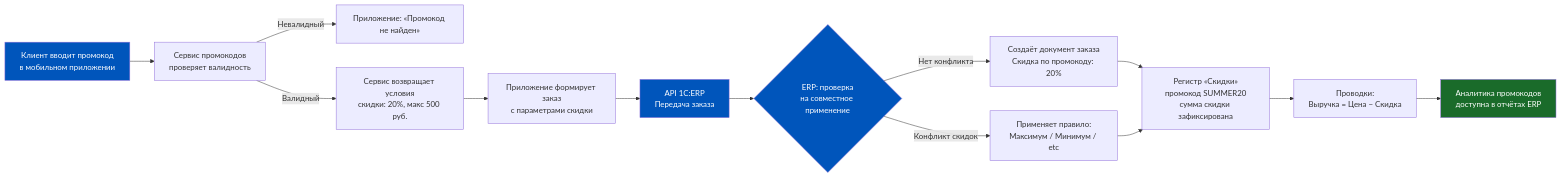
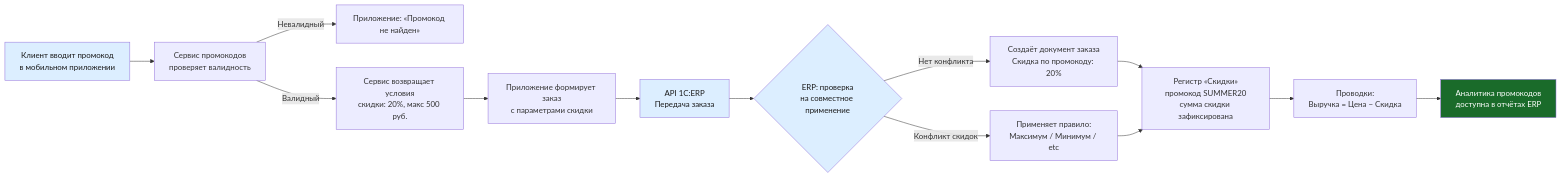
One commit to murad1986/1c-erp-quartz changed the fifth of 7 diagrams in content/1c-erp/week_6/Неделя 6 - День 5 - Промо и скидки.md. Above: the diagram before and after it, drawn with Mermaid. The commit also changed other lines of this file and 57 other files, not shown here.

First line of the commit message:
fix: Mermaid — пастельные цвета в источниках диаграмм (56 файлов)

````diff
--- a/content/1c-erp/week_6/Неделя 6 - День 5 - Промо и скидки.md
+++ b/content/1c-erp/week_6/Неделя 6 - День 5 - Промо и скидки.md
@@ -316,19 +316,19 @@
 ```mermaid
 flowchart LR
     A[Клиент вводит промокод<br/>в мобильном приложении] --> B[Сервис промокодов<br/>проверяет валидность]
     B -->|Невалидный| C[Приложение: «Промокод не найден»]
     B -->|Валидный| D[Сервис возвращает условия<br/>скидки: 20%, макс 500 руб.]
     D --> E[Приложение формирует заказ<br/>с параметрами скидки]
     E --> F[API 1C:ERP<br/>Передача заказа]
     F --> G{ERP: проверка<br/>на совместное применение}
     G -->|Нет конфликта| H[Создаёт документ заказа<br/>Скидка по промокоду: 20%]
     G -->|Конфликт скидок| I[Применяет правило:<br/>Максимум / Минимум / etc]
     H --> J[Регистр «Скидки»<br/>промокод SUMMER20<br/>сумма скидки зафиксирована]
     I --> J
     J --> K[Проводки:<br/>Выручка = Цена − Скидка]
     K --> L[Аналитика промокодов<br/>доступна в отчётах ERP]
-    style A fill:#0055BB,color:#fff
-    style F fill:#0055BB,color:#fff
-    style G fill:#0055BB,color:#fff
+    style A fill:#dceeff,color:#1a1a1a
+    style F fill:#dceeff,color:#1a1a1a
+    style G fill:#dceeff,color:#1a1a1a
     style L fill:#1a6b2a,color:#fff
 ```
````
